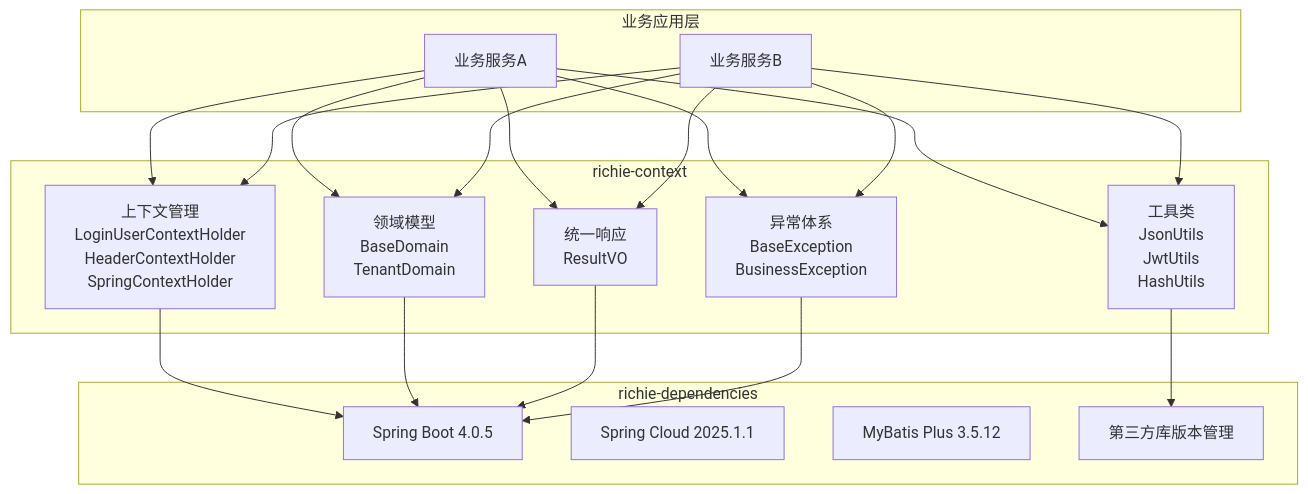
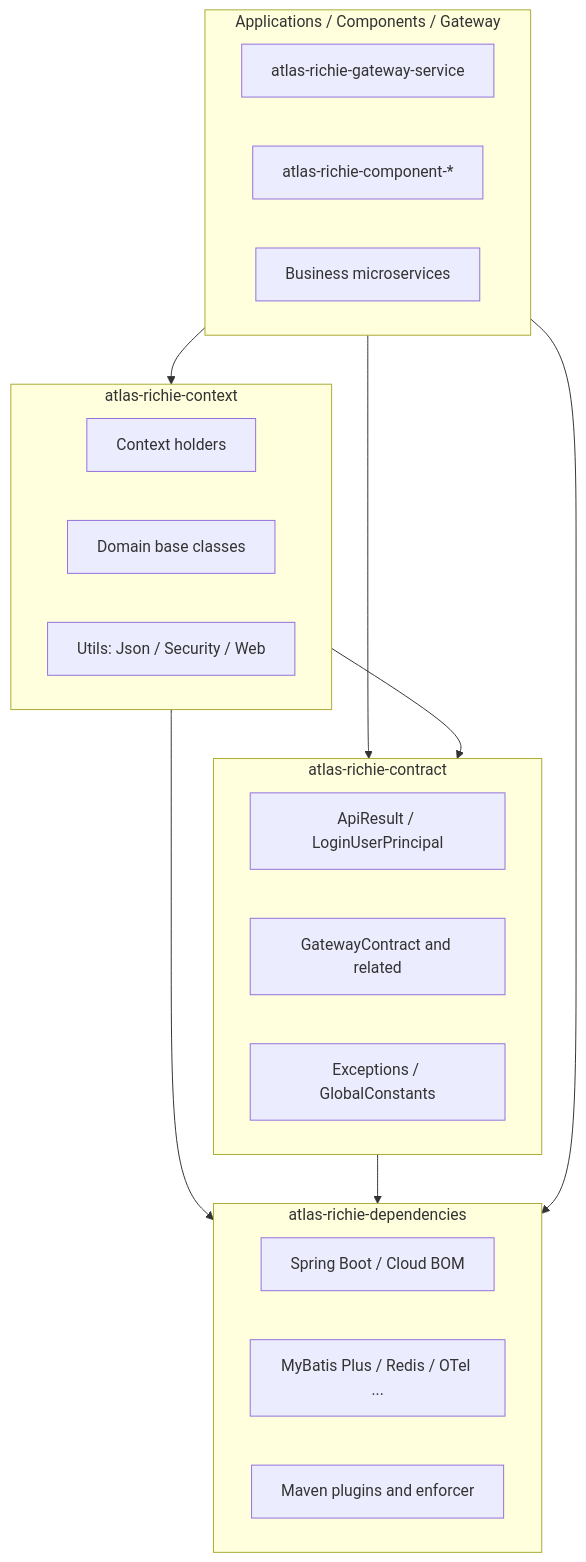
Before and after one commit to richie696/atlas-richie-platform: the first of 2 diagrams in atlas-richie-base/README.md, drawn with Mermaid. The commit also changed other lines of this file and 15 other files, not shown here.

````diff
--- a/atlas-richie-base/README.md
+++ b/atlas-richie-base/README.md
@@ -70,40 +21,33 @@
 ```mermaid
-graph TB
-    subgraph "业务应用层"
-        A1[业务服务A]
-        A2[业务服务B]
+flowchart TB
+    subgraph APP["Applications / Components / Gateway"]
+        A1[atlas-richie-gateway-service]
+        A2[atlas-richie-component-*]
+        A3[Business microservices]
     end
-    
-    subgraph "richie-context"
-        B1[上下文管理<br/>LoginUserContextHolder<br/>HeaderContextHolder<br/>SpringContextHolder]
-        B2[领域模型<br/>BaseDomain<br/>TenantDomain]
-        B3[统一响应<br/>ResultVO]
-        B4[异常体系<br/>BaseException<br/>BusinessException]
-        B5[工具类<br/>JsonUtils<br/>JwtUtils<br/>HashUtils]
+
+    subgraph CTX["atlas-richie-context"]
+        C1[Context holders]
+        C2[Domain base classes]
+        C3[Utils: Json / Security / Web]
     end
-    
-    subgraph "richie-dependencies"
-        C1[Spring Boot 4.0.5]
-        C2[Spring Cloud 2025.1.1]
-        C3[MyBatis Plus 3.5.12]
-        C4[第三方库版本管理]
+
+    subgraph CTR["atlas-richie-contract"]
+        D1[ApiResult / LoginUserPrincipal]
+        D2[GatewayContract and related]
+        D3[Exceptions / GlobalConstants]
     end
-    
-    A1 --> B1
-    A1 --> B2
-    A1 --> B3
-    A1 --> B4
-    A1 --> B5
-    
-    A2 --> B1
-    A2 --> B2
-    A2 --> B3
-    A2 --> B4
-    A2 --> B5
-    
-    B1 --> C1
-    B2 --> C1
-    B3 --> C1
-    B4 --> C1
-    B5 --> C4
+
+    subgraph DEP["atlas-richie-dependencies"]
+        E1[Spring Boot / Cloud BOM]
+        E2[MyBatis Plus / Redis / OTel ...]
+        E3[Maven plugins and enforcer]
+    end
+
+    APP --> CTX
+    APP --> CTR
+    CTX --> CTR
+    CTX --> DEP
+    CTR --> DEP
+    APP --> DEP
 ```
````
